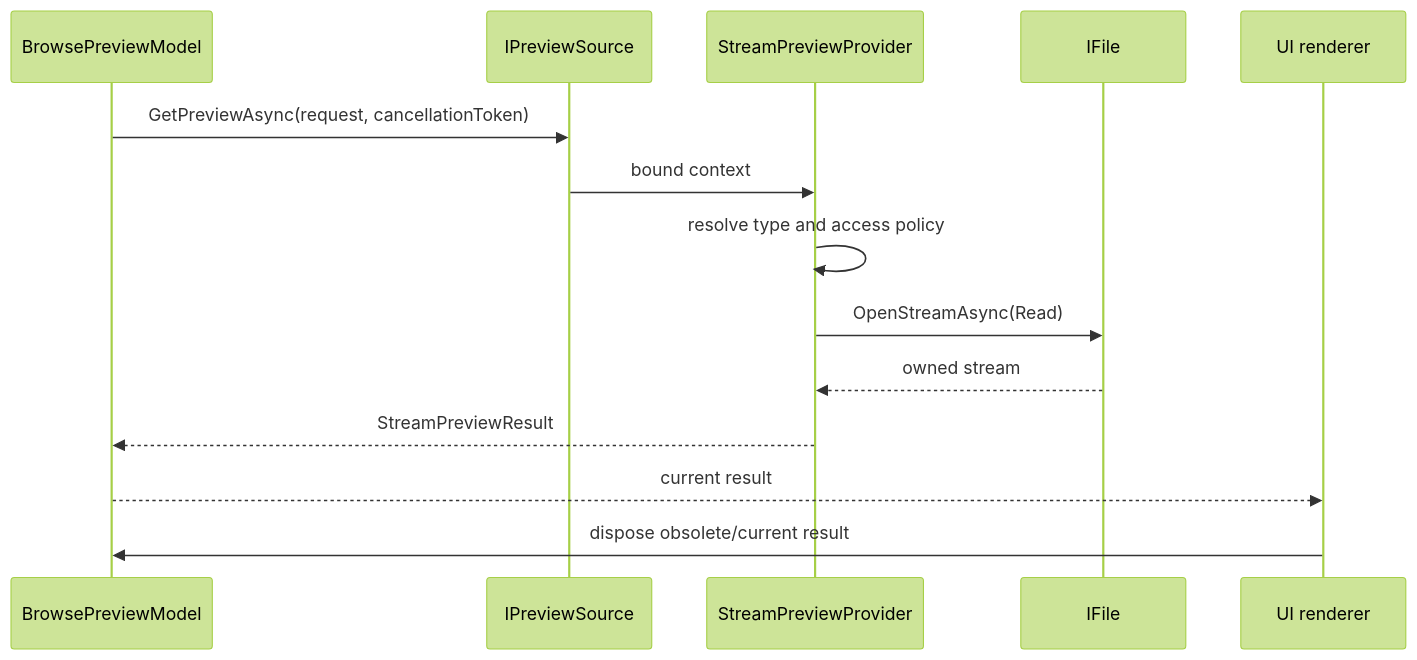
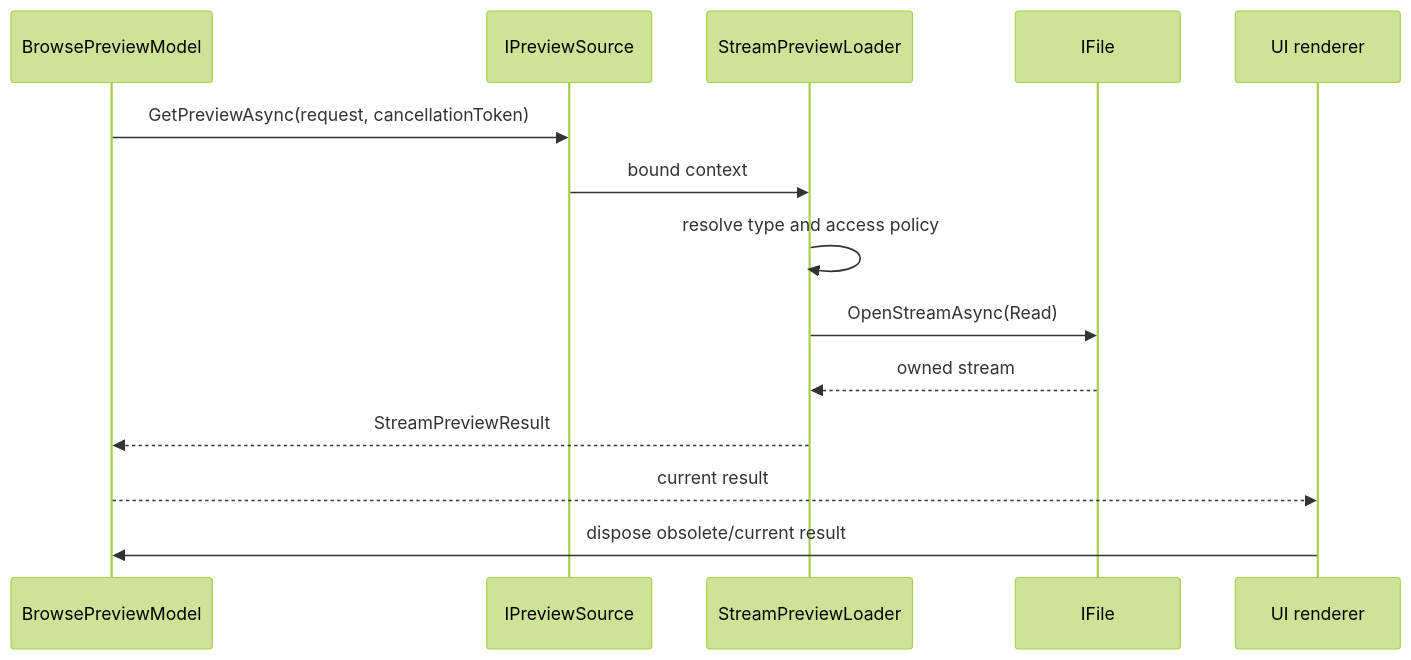
The third of 3 diagrams in docs/architecture/previews.md (0x5bfa/Files), drawn with Mermaid (forest theme) before and after one commit. The commit also changed other lines of this file and 260 other files, not shown here.

Commit message:
Simplify Files.Core architecture terminology

````diff
--- a/docs/architecture/previews.md
+++ b/docs/architecture/previews.md
@@ -93,17 +93,17 @@
 ```mermaid
 sequenceDiagram
     participant Browse as BrowsePreviewModel
-    participant Source as IPreviewSource
-    participant Provider as StreamPreviewProvider
+    participant ItemSource as IPreviewSource
+    participant Loader as StreamPreviewLoader
     participant File as IFile
     participant UI as UI renderer
 
-    Browse->>Source: GetPreviewAsync(request, cancellationToken)
-    Source->>Provider: bound context
-    Provider->>Provider: resolve type and access policy
-    Provider->>File: OpenStreamAsync(Read)
-    File-->>Provider: owned stream
-    Provider-->>Browse: StreamPreviewResult
+    Browse->>ItemSource: GetPreviewAsync(request, cancellationToken)
+    ItemSource->>Loader: bound context
+    Loader->>Loader: resolve type and access policy
+    Loader->>File: OpenStreamAsync(Read)
+    File-->>Loader: owned stream
+    Loader-->>Browse: StreamPreviewResult
     Browse-->>UI: current result
     UI->>Browse: dispose obsolete/current result
 ```
````
